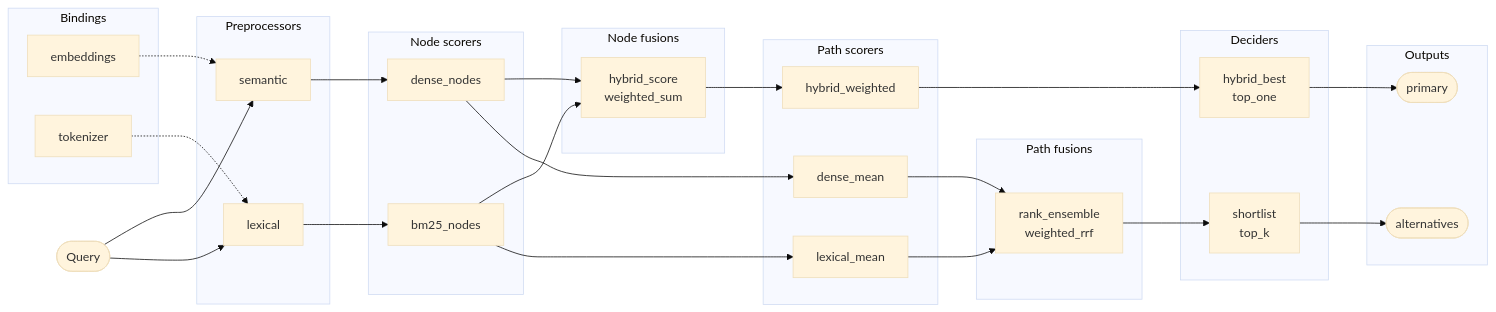
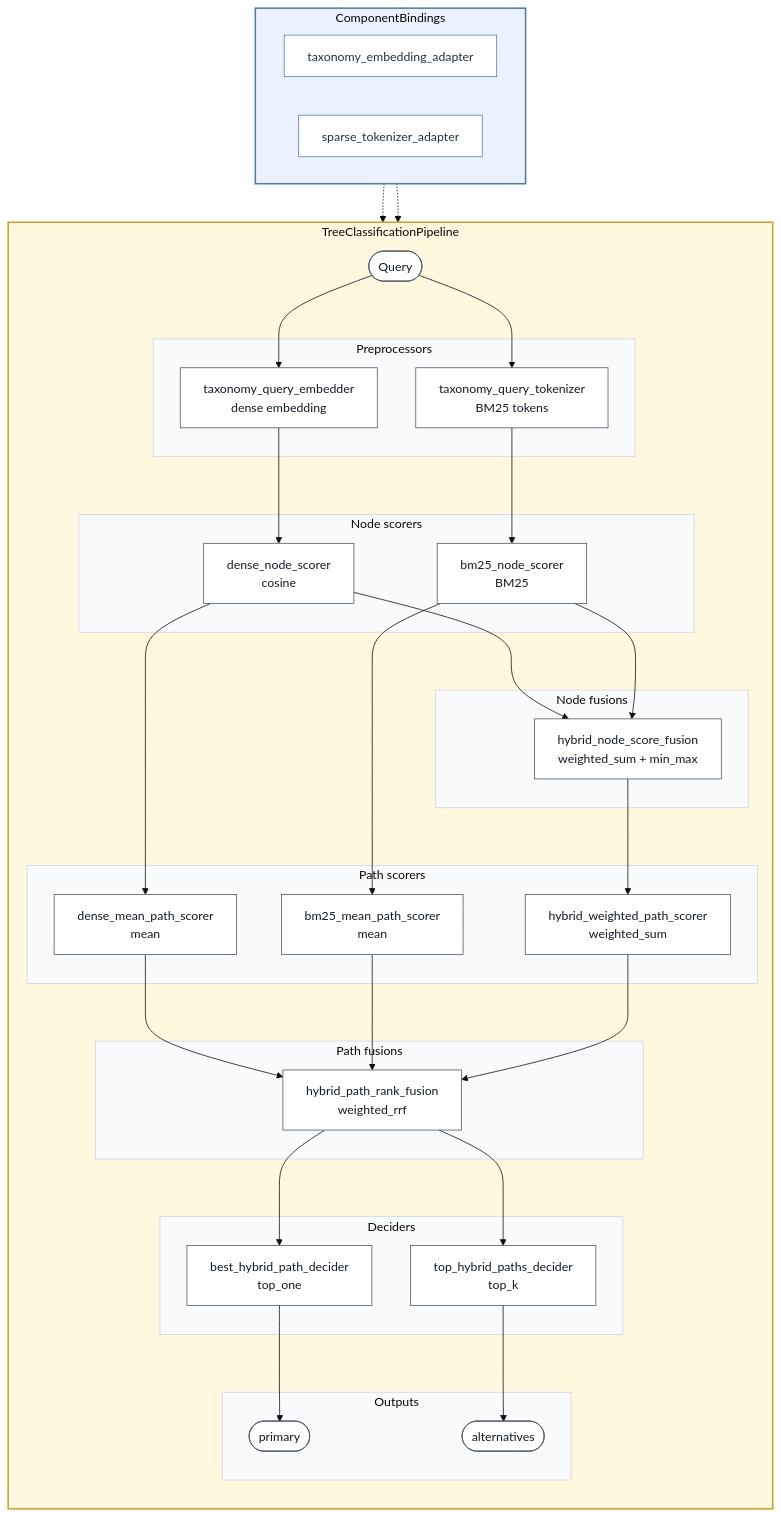
One commit to cristiangofiar/Chunkbuster changed the fifth of 6 diagrams in EXAMPLES.md. Above: the diagram before and after it, drawn with Mermaid (base theme). The commit also changed other lines of this file and 12 other files, not shown here.

First line of the commit message:
Add SVG diagram for vector ensemble with LLM and script to render documentation diagrams from YAML examples

````diff
--- a/EXAMPLES.md
+++ b/EXAMPLES.md
@@ -522,54 +646,65 @@
 ```mermaid
-flowchart LR
-    query([Query])
-
-    subgraph preprocessors[Preprocessors]
-        semantic[semantic]
-        lexical[lexical]
+flowchart TB
+    subgraph pipeline["TreeClassificationPipeline"]
+        direction TB
+        query([Query])
+        subgraph preprocessors[Preprocessors]
+            taxonomy_query_embedder["taxonomy_query_embedder<br/>dense embedding"]
+            taxonomy_query_tokenizer["taxonomy_query_tokenizer<br/>BM25 tokens"]
+        end
+        subgraph node_scorers[Node scorers]
+            dense_node_scorer["dense_node_scorer<br/>cosine"]
+            bm25_node_scorer["bm25_node_scorer<br/>BM25"]
+        end
+        subgraph node_fusions[Node fusions]
+            hybrid_node_score_fusion["hybrid_node_score_fusion<br/>weighted_sum + min_max"]
+        end
+        subgraph path_scorers[Path scorers]
+            dense_mean_path_scorer["dense_mean_path_scorer<br/>mean"]
+            bm25_mean_path_scorer["bm25_mean_path_scorer<br/>mean"]
+            hybrid_weighted_path_scorer["hybrid_weighted_path_scorer<br/>weighted_sum"]
+        end
+        subgraph path_fusions[Path fusions]
+            hybrid_path_rank_fusion["hybrid_path_rank_fusion<br/>weighted_rrf"]
+        end
+        subgraph deciders[Deciders]
+            best_hybrid_path_decider["best_hybrid_path_decider<br/>top_one"]
+            top_hybrid_paths_decider["top_hybrid_paths_decider<br/>top_k"]
+        end
+        subgraph outputs[Outputs]
+            primary([primary])
+            alternatives([alternatives])
+        end
+        query --> taxonomy_query_embedder --> dense_node_scorer
+        query --> taxonomy_query_tokenizer --> bm25_node_scorer
+        dense_node_scorer --> hybrid_node_score_fusion
+        bm25_node_scorer --> hybrid_node_score_fusion
+        dense_node_scorer --> dense_mean_path_scorer --> hybrid_path_rank_fusion
+        bm25_node_scorer --> bm25_mean_path_scorer --> hybrid_path_rank_fusion
+        hybrid_node_score_fusion --> hybrid_weighted_path_scorer --> hybrid_path_rank_fusion
+        hybrid_path_rank_fusion --> best_hybrid_path_decider --> primary
+        hybrid_path_rank_fusion --> top_hybrid_paths_decider --> alternatives
     end
 
-    subgraph node_scorers[Node scorers]
-        dense_nodes[dense_nodes]
-        bm25_nodes[bm25_nodes]
+    subgraph bindings["ComponentBindings"]
+        direction LR
+        taxonomy_embedding_adapter[taxonomy_embedding_adapter]
+        sparse_tokenizer_adapter[sparse_tokenizer_adapter]
     end
+    taxonomy_embedding_adapter -.-> taxonomy_query_embedder
+    sparse_tokenizer_adapter -.-> taxonomy_query_tokenizer
 
-    subgraph node_fusions[Node fusions]
-        hybrid_score["hybrid_score<br/>weighted_sum"]
-    end
-
-    subgraph path_scorers[Path scorers]
-        dense_mean[dense_mean]
-        lexical_mean[lexical_mean]
-        hybrid_weighted[hybrid_weighted]
-    end
-
-    subgraph path_fusions[Path fusions]
-        rank_ensemble["rank_ensemble<br/>weighted_rrf"]
-    end
-
-    subgraph deciders[Deciders]
-        hybrid_best["hybrid_best<br/>top_one"]
-        shortlist["shortlist<br/>top_k"]
-    end
-
-    subgraph outputs[Outputs]
-        primary([primary])
-        alternatives([alternatives])
-    end
-
-    subgraph bindings[Bindings]
-        embeddings[embeddings]
-        tokenizer[tokenizer]
-    end
-
-    query --> semantic --> dense_nodes
-    query --> lexical --> bm25_nodes
-    dense_nodes --> hybrid_score
-    bm25_nodes --> hybrid_score
-    dense_nodes --> dense_mean --> rank_ensemble
-    bm25_nodes --> lexical_mean --> rank_ensemble
-    hybrid_score --> hybrid_weighted --> hybrid_best --> primary
-    rank_ensemble --> shortlist --> alternatives
-    embeddings -.-> semantic
-    tokenizer -.-> lexical
+    classDef node fill:#ffffff,stroke:#4b5563,color:#111827
+    classDef adapter fill:#ffffff,stroke:#4f7cac,color:#17324d
+    class query,taxonomy_query_embedder,taxonomy_query_tokenizer,dense_node_scorer,bm25_node_scorer,hybrid_node_score_fusion,dense_mean_path_scorer,bm25_mean_path_scorer,hybrid_weighted_path_scorer,hybrid_path_rank_fusion,best_hybrid_path_decider,top_hybrid_paths_decider,primary,alternatives node
+    class taxonomy_embedding_adapter,sparse_tokenizer_adapter adapter
+    style pipeline fill:#fff8df,stroke:#c9a227,stroke-width:2px
+    style bindings fill:#eaf2ff,stroke:#4f7cac,stroke-width:2px
+    style preprocessors fill:#f8fafc,stroke:#cbd5e1
+    style node_scorers fill:#f8fafc,stroke:#cbd5e1
+    style node_fusions fill:#f8fafc,stroke:#cbd5e1
+    style path_scorers fill:#f8fafc,stroke:#cbd5e1
+    style path_fusions fill:#f8fafc,stroke:#cbd5e1
+    style deciders fill:#f8fafc,stroke:#cbd5e1
+    style outputs fill:#f8fafc,stroke:#cbd5e1
 ```
````
